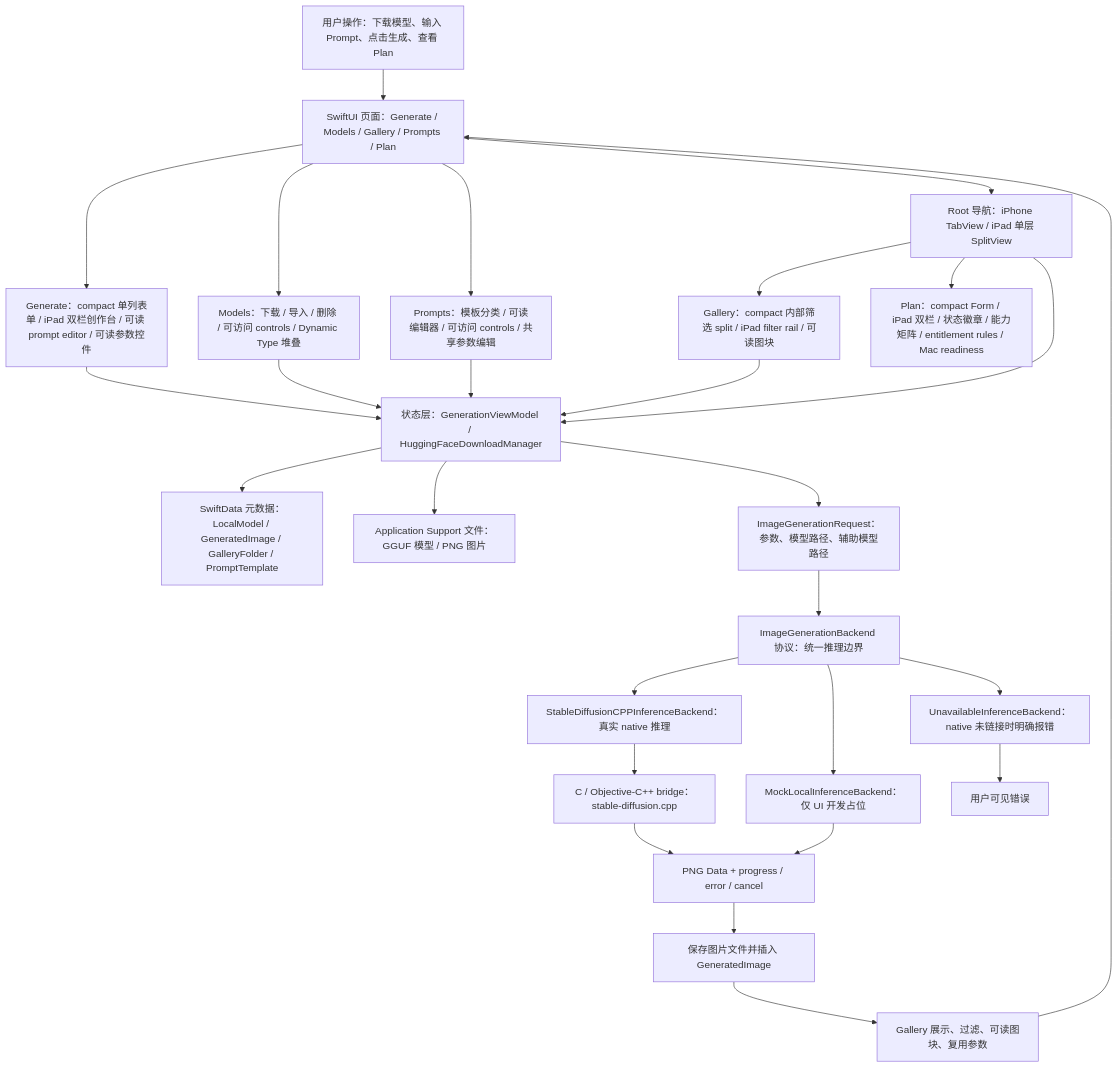
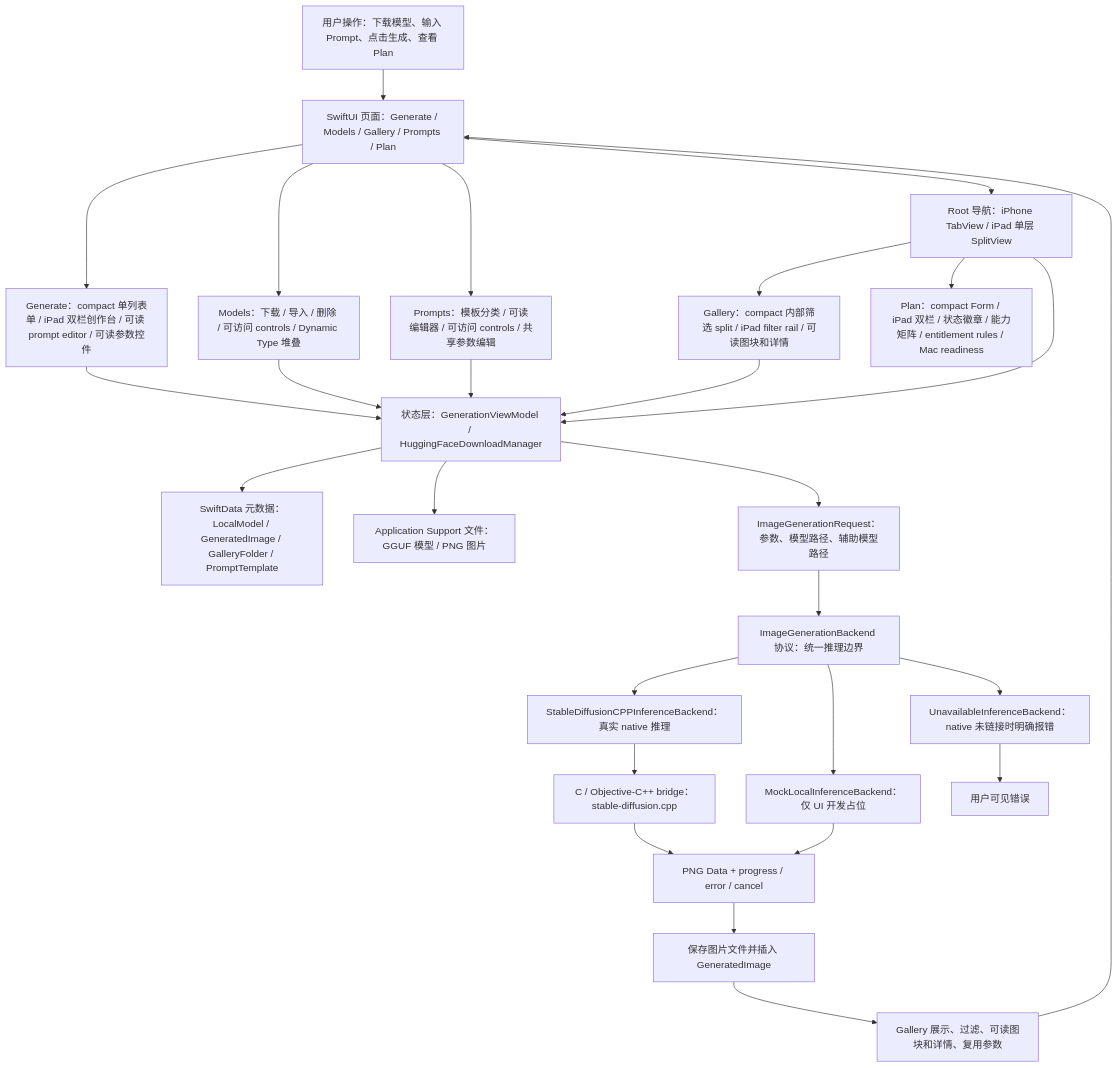
Before and after one commit to Altman-sam114/118: the first of 7 diagrams in md/flow/flowchart.md, drawn with Mermaid. The commit also changed 5 other files, not shown here.

````diff
--- a/md/flow/flowchart.md
+++ b/md/flow/flowchart.md
@@ -9,29 +9,29 @@
 ```mermaid
 flowchart TD
   U["用户操作：下载模型、输入 Prompt、点击生成、查看 Plan"] --> UI["SwiftUI 页面：Generate / Models / Gallery / Prompts / Plan"]
   UI --> GENUI["Generate：compact 单列表单 / iPad 双栏创作台 / 可读 prompt editor / 可读参数控件"]
   UI --> MODELUI["Models：下载 / 导入 / 删除 / 可访问 controls / Dynamic Type 堆叠"]
   UI --> PROMPTUI["Prompts：模板分类 / 可读编辑器 / 可访问 controls / 共享参数编辑"]
   UI --> NAV["Root 导航：iPhone TabView / iPad 单层 SplitView"]
-  NAV --> GALUI["Gallery：compact 内部筛选 split / iPad filter rail / 可读图块"]
+  NAV --> GALUI["Gallery：compact 内部筛选 split / iPad filter rail / 可读图块和详情"]
   NAV --> PLANUI["Plan：compact Form / iPad 双栏 / 状态徽章 / 能力矩阵 / entitlement rules / Mac readiness"]
   NAV --> VM["状态层：GenerationViewModel / HuggingFaceDownloadManager"]
   GENUI --> VM
   MODELUI --> VM
   PROMPTUI --> VM
   GALUI --> VM
   VM --> SD["SwiftData 元数据：LocalModel / GeneratedImage / GalleryFolder / PromptTemplate"]
   VM --> FS["Application Support 文件：GGUF 模型 / PNG 图片"]
   VM --> REQ["ImageGenerationRequest：参数、模型路径、辅助模型路径"]
   REQ --> IFACE["ImageGenerationBackend 协议：统一推理边界"]
   IFACE --> NATIVE["StableDiffusionCPPInferenceBackend：真实 native 推理"]
   IFACE --> MOCK["MockLocalInferenceBackend：仅 UI 开发占位"]
   IFACE --> OFF["UnavailableInferenceBackend：native 未链接时明确报错"]
   NATIVE --> BRIDGE["C / Objective-C++ bridge：stable-diffusion.cpp"]
   BRIDGE --> PNG["PNG Data + progress / error / cancel"]
   MOCK --> PNG
   OFF --> ERR["用户可见错误"]
   PNG --> SAVE["保存图片文件并插入 GeneratedImage"]
-  SAVE --> GALLERY["Gallery 展示、过滤、可读图块、复用参数"]
+  SAVE --> GALLERY["Gallery 展示、过滤、可读图块和详情、复用参数"]
   GALLERY --> UI
 ```
````
